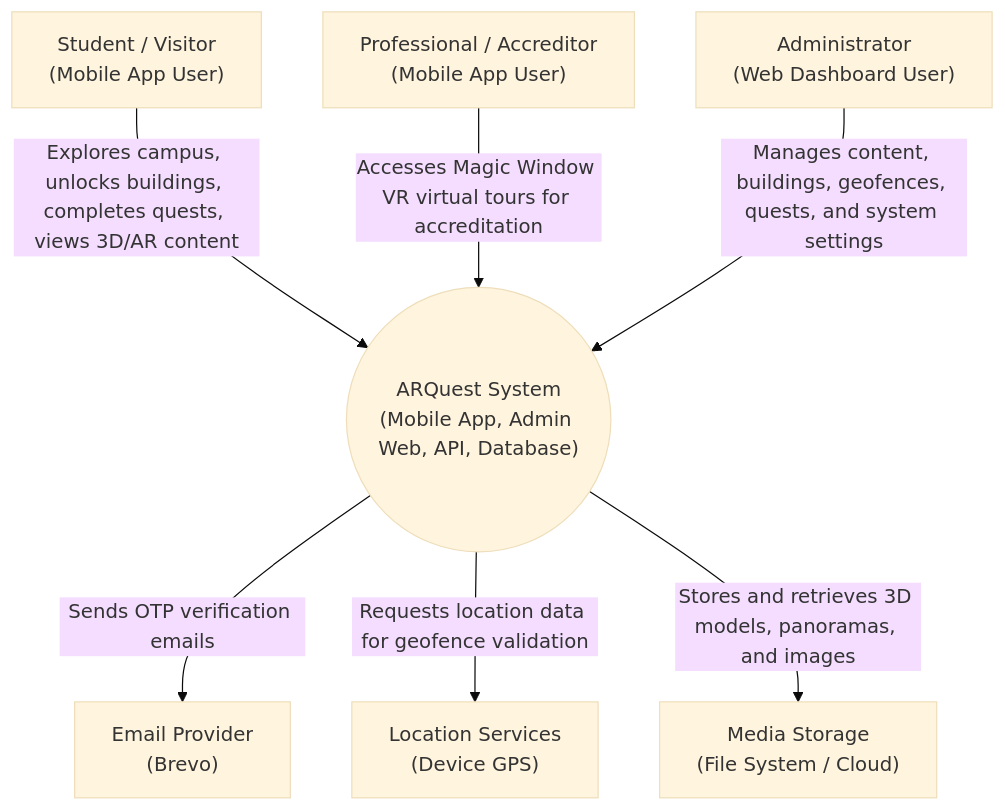
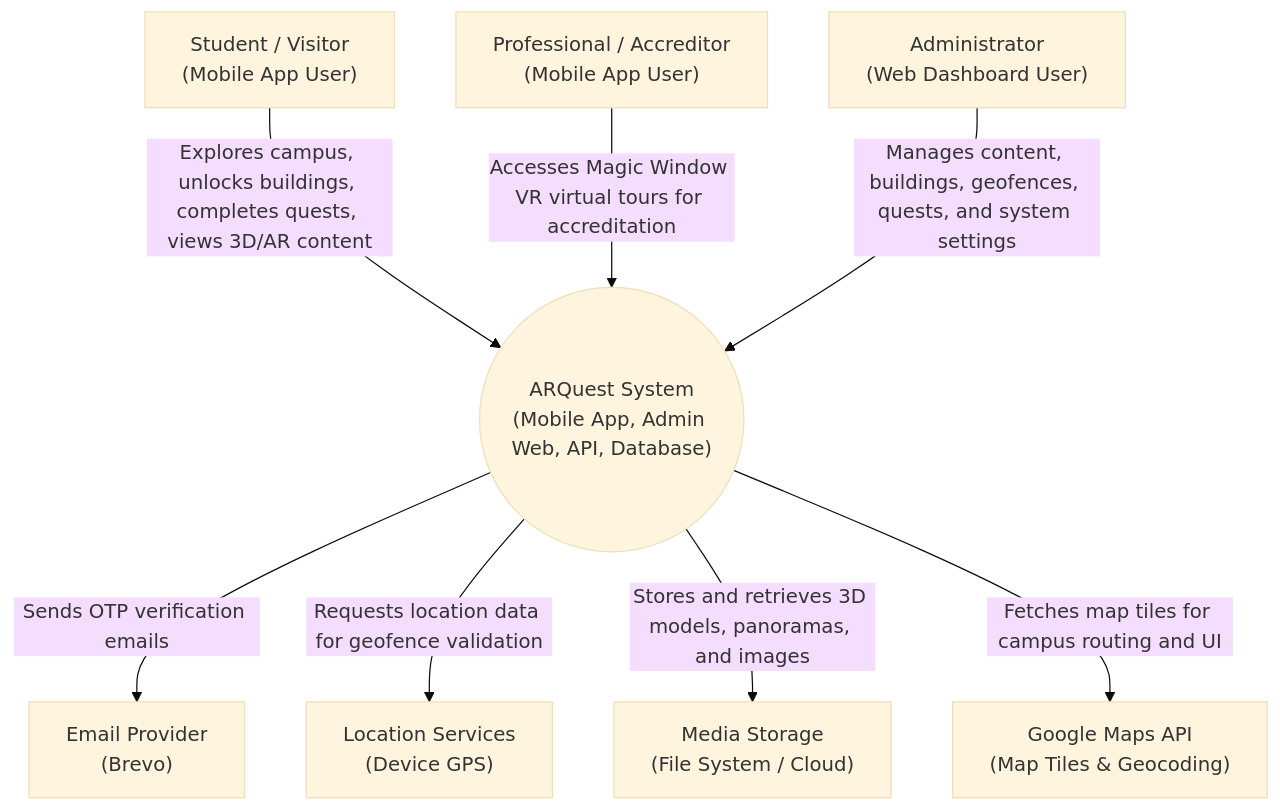
One commit to Cipher-Syntax/ARQuest changed the diagram in context-diagram.md. Above: the diagram before and after it, drawn with Mermaid (base theme). The commit also changed other lines of this file and 7 other files, not shown here.

Commit message:
docs: update system architecture, ERD, user flows, and context diagrams with recent gamification and avatar features

````diff
--- a/context-diagram.md
+++ b/context-diagram.md
@@ -11,24 +11,26 @@
 ```mermaid
 graph TD
     %% Actors
     Student["Student / Visitor<br/>(Mobile App User)"]
     Prof["Professional / Accreditor<br/>(Mobile App User)"]
     Admin["Administrator<br/>(Web Dashboard User)"]
 
     %% Core System
     ARQuest(("ARQuest System<br/>(Mobile App, Admin Web, API, Database)"))
 
     %% External Systems
     EmailSvc["Email Provider<br/>(Brevo)"]
     GPSSvc["Location Services<br/>(Device GPS)"]
     MediaSvc["Media Storage<br/>(File System / Cloud)"]
+    MapsSvc["Google Maps API<br/>(Map Tiles & Geocoding)"]
 
     %% Interactions
     Student -- "Explores campus, unlocks buildings, completes quests, views 3D/AR content" --> ARQuest
     Prof -- "Accesses Magic Window VR virtual tours for accreditation" --> ARQuest
     Admin -- "Manages content, buildings, geofences, quests, and system settings" --> ARQuest
 
     ARQuest -- "Sends OTP verification emails" --> EmailSvc
     ARQuest -- "Requests location data for geofence validation" --> GPSSvc
     ARQuest -- "Stores and retrieves 3D models, panoramas, and images" --> MediaSvc
+    ARQuest -- "Fetches map tiles for campus routing and UI" --> MapsSvc
 ```
````
